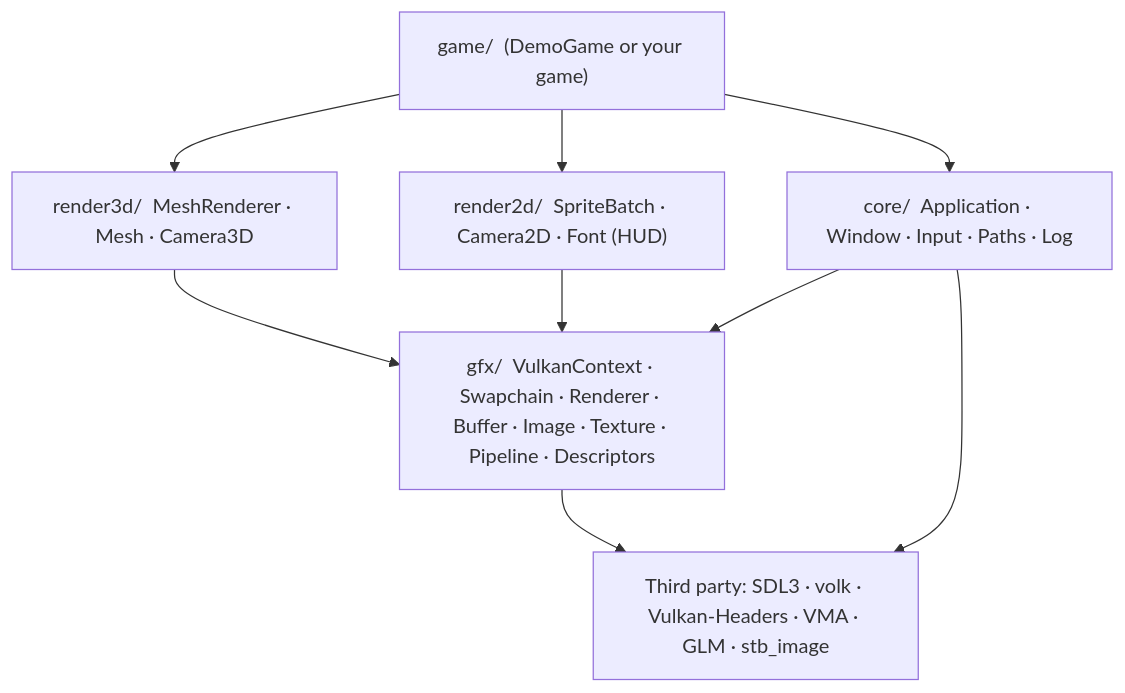
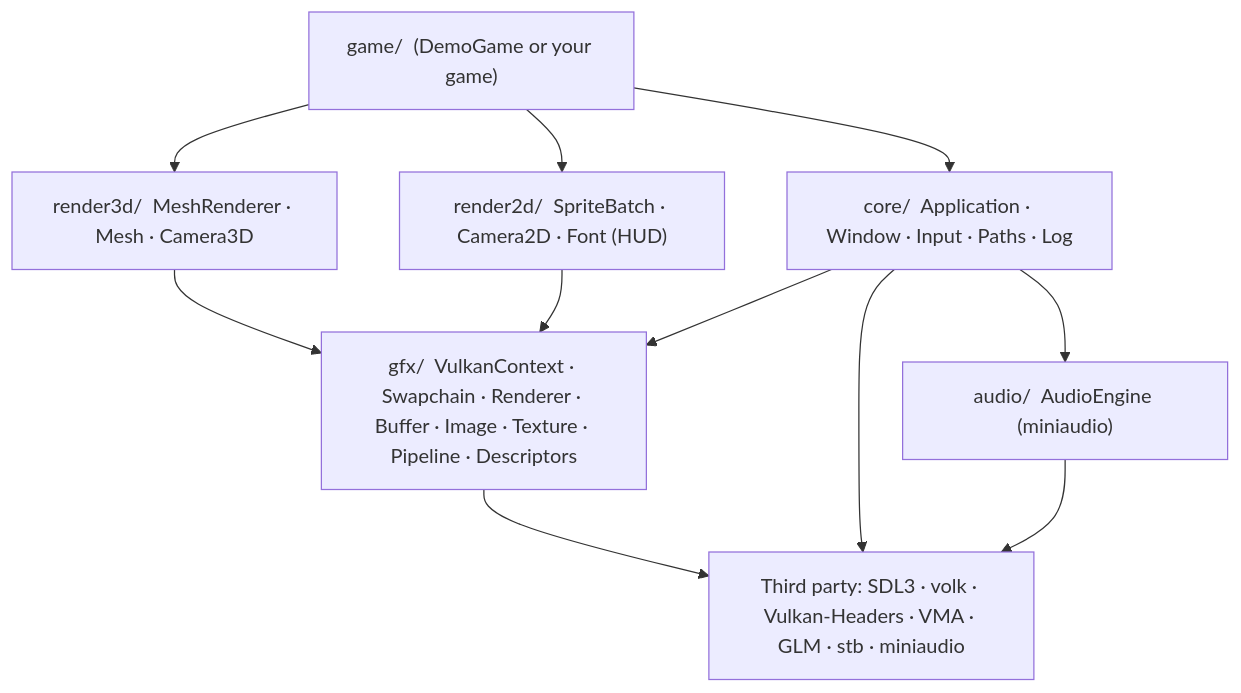
One commit to Chuck5ta/3DBaseFramework changed the first of 9 diagrams in docs/ARCHITECTURE.md. Above: the diagram before and after it, drawn with Mermaid. The commit also changed other lines of this file and 14 other files, not shown here.

````diff
--- a/docs/ARCHITECTURE.md
+++ b/docs/ARCHITECTURE.md
@@ -33,18 +33,21 @@
 ```mermaid
 flowchart TD
     game["game/  (DemoGame or your game)"]
     r3d["render3d/  MeshRenderer · Mesh · Camera3D"]
     r2d["render2d/  SpriteBatch · Camera2D · Font (HUD)"]
     core["core/  Application · Window · Input · Paths · Log"]
+    aud["audio/  AudioEngine (miniaudio)"]
     gfx["gfx/  VulkanContext · Swapchain · Renderer · Buffer · Image · Texture · Pipeline · Descriptors"]
-    third["Third party: SDL3 · volk · Vulkan-Headers · VMA · GLM · stb_image"]
+    third["Third party: SDL3 · volk · Vulkan-Headers · VMA · GLM · stb · miniaudio"]
 
     game --> r3d
     game --> r2d
     game --> core
     r3d --> gfx
     r2d --> gfx
     core --> gfx
+    core --> aud
     gfx --> third
     core --> third
+    aud --> third
 ```
````
